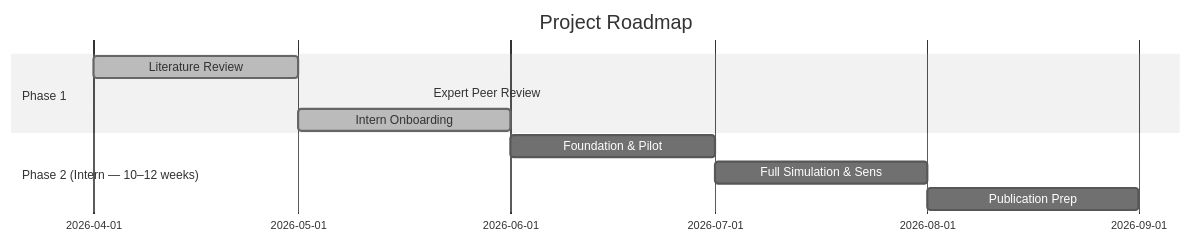
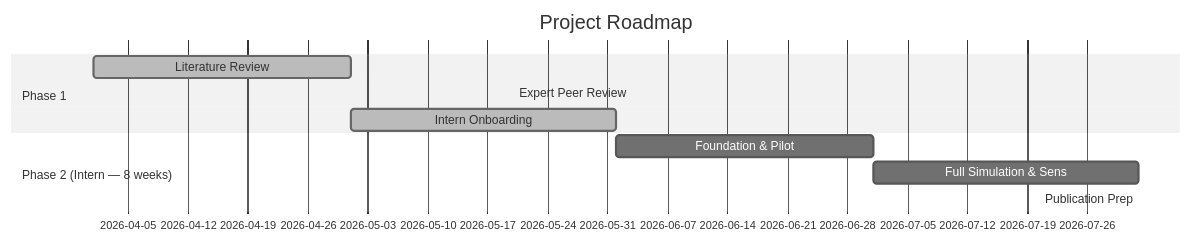
Before and after one commit to doublerobust/adaptive-phase2-3-pick-winner: the diagram in README.md, drawn with Mermaid (neutral theme). The commit also changed other lines of this file and 7 other files, not shown here.

Commit message:
Revert timeline to 8 weeks across all docs (intern brief, lit review, README)

````diff
--- a/README.md
+++ b/README.md
@@ -60,13 +60,13 @@
 ```mermaid
 gantt
 title Project Roadmap
     dateFormat  YYYY-MM
     section Phase 1
     Literature Review         :done, 2026-04, 2026-05
     Expert Peer Review        :done, 2026-05-20, 2026-05-21
     Intern Onboarding         :done, 2026-05, 2026-06
-    section Phase 2 (Intern — 10–12 weeks)
+    section Phase 2 (Intern — 8 weeks)
     Foundation & Pilot        :2026-06, 2026-07
     Full Simulation & Sens    :2026-07, 2026-08
-    Publication Prep          :2026-08, 2026-09
+    Publication Prep          :2026-08, 2026-08
 ```
````
